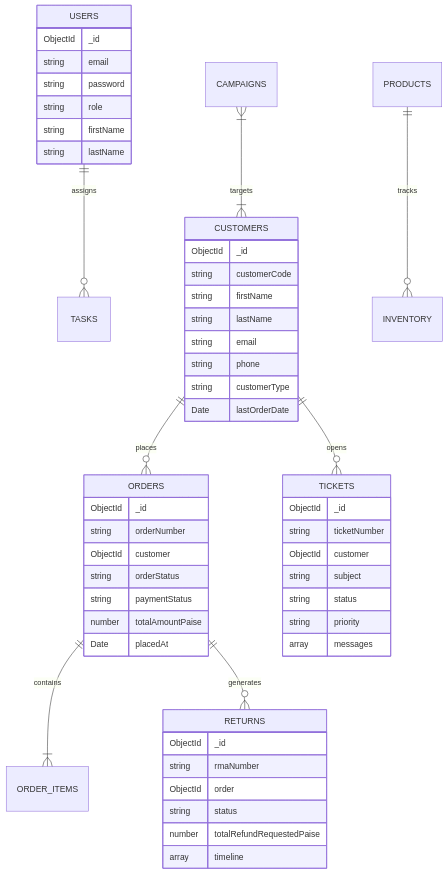
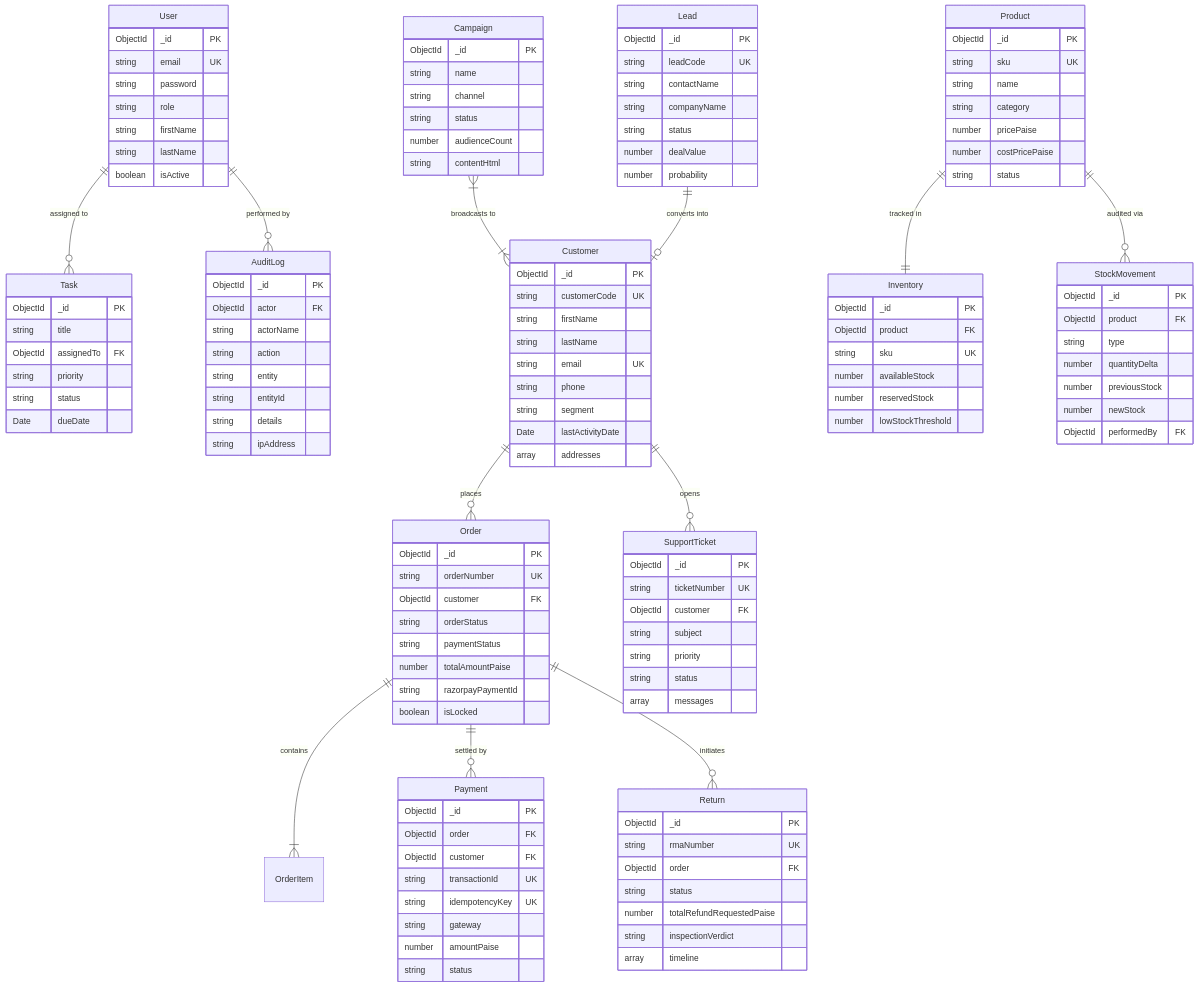
Before and after one commit to sanjaydinakaran29112004/Ecommerce-CRM: the fourth of 4 diagrams in PROJECT_REPORT.md, drawn with Mermaid. The commit also changed other lines of this file and 3 other files, not shown here.

````diff
--- a/PROJECT_REPORT.md
+++ b/PROJECT_REPORT.md
@@ -288,55 +301,134 @@
 ```mermaid
 erDiagram
-    USERS ||--o{ TASKS : assigns
-    CUSTOMERS ||--o{ ORDERS : places
-    ORDERS ||--|{ ORDER_ITEMS : contains
-    ORDERS ||--o{ RETURNS : generates
-    CUSTOMERS ||--o{ TICKETS : opens
-    PRODUCTS ||--o{ INVENTORY : tracks
-    CAMPAIGNS }|--|{ CUSTOMERS : targets
+    User ||--o{ Task : "assigned to"
+    User ||--o{ AuditLog : "performed by"
+    Customer ||--o{ Order : "places"
+    Customer ||--o{ SupportTicket : "opens"
+    Order ||--|{ OrderItem : "contains"
+    Order ||--o{ Payment : "settled by"
+    Order ||--o{ Return : "initiates"
+    Product ||--|| Inventory : "tracked in"
+    Product ||--o{ StockMovement : "audited via"
+    Campaign }|--|{ Customer : "broadcasts to"
+    Lead ||--o| Customer : "converts into"
 
-    USERS {
-        ObjectId _id
-        string email
+    User {
+        ObjectId _id PK
+        string email UK
         string password
         string role
         string firstName
         string lastName
+        boolean isActive
     }
-    CUSTOMERS {
-        ObjectId _id
-        string customerCode
+    Customer {
+        ObjectId _id PK
+        string customerCode UK
         string firstName
         string lastName
-        string email
+        string email UK
         string phone
-        string customerType
-        Date lastOrderDate
+        string segment
+        Date lastActivityDate
+        array addresses
     }
-    ORDERS {
-        ObjectId _id
-        string orderNumber
-        ObjectId customer
+    Lead {
+        ObjectId _id PK
+        string leadCode UK
+        string contactName
+        string companyName
+        string status
+        number dealValue
+        number probability
+    }
+    Product {
+        ObjectId _id PK
+        string sku UK
+        string name
+        string category
+        number pricePaise
+        number costPricePaise
+        string status
+    }
+    Inventory {
+        ObjectId _id PK
+        ObjectId product FK
+        string sku UK
+        number availableStock
+        number reservedStock
+        number lowStockThreshold
+    }
+    StockMovement {
+        ObjectId _id PK
+        ObjectId product FK
+        string type
+        number quantityDelta
+        number previousStock
+        number newStock
+        ObjectId performedBy FK
+    }
+    Order {
+        ObjectId _id PK
+        string orderNumber UK
+        ObjectId customer FK
         string orderStatus
         string paymentStatus
         number totalAmountPaise
-        Date placedAt
+        string razorpayPaymentId
+        boolean isLocked
     }
-    RETURNS {
-        ObjectId _id
-        string rmaNumber
-        ObjectId order
+    Payment {
+        ObjectId _id PK
+        ObjectId order FK
+        ObjectId customer FK
+        string transactionId UK
+        string idempotencyKey UK
+        string gateway
+        number amountPaise
+        string status
+    }
+    Return {
+        ObjectId _id PK
+        string rmaNumber UK
+        ObjectId order FK
         string status
         number totalRefundRequestedPaise
+        string inspectionVerdict
         array timeline
     }
-    TICKETS {
-        ObjectId _id
-        string ticketNumber
-        ObjectId customer
+    SupportTicket {
+        ObjectId _id PK
+        string ticketNumber UK
+        ObjectId customer FK
         string subject
+        string priority
         string status
-        string priority
         array messages
     }
+    Campaign {
+        ObjectId _id PK
+        string name
+        string channel
+        string status
+        number audienceCount
+        string contentHtml
+    }
+    Task {
+        ObjectId _id PK
+        string title
+        ObjectId assignedTo FK
+        string priority
+        string status
+        Date dueDate
+    }
+    AuditLog {
+        ObjectId _id PK
+        ObjectId actor FK
+        string actorName
+        string action
+        string entity
+        string entityId
+        string details
+        string ipAddress
+    }
 ```
````
